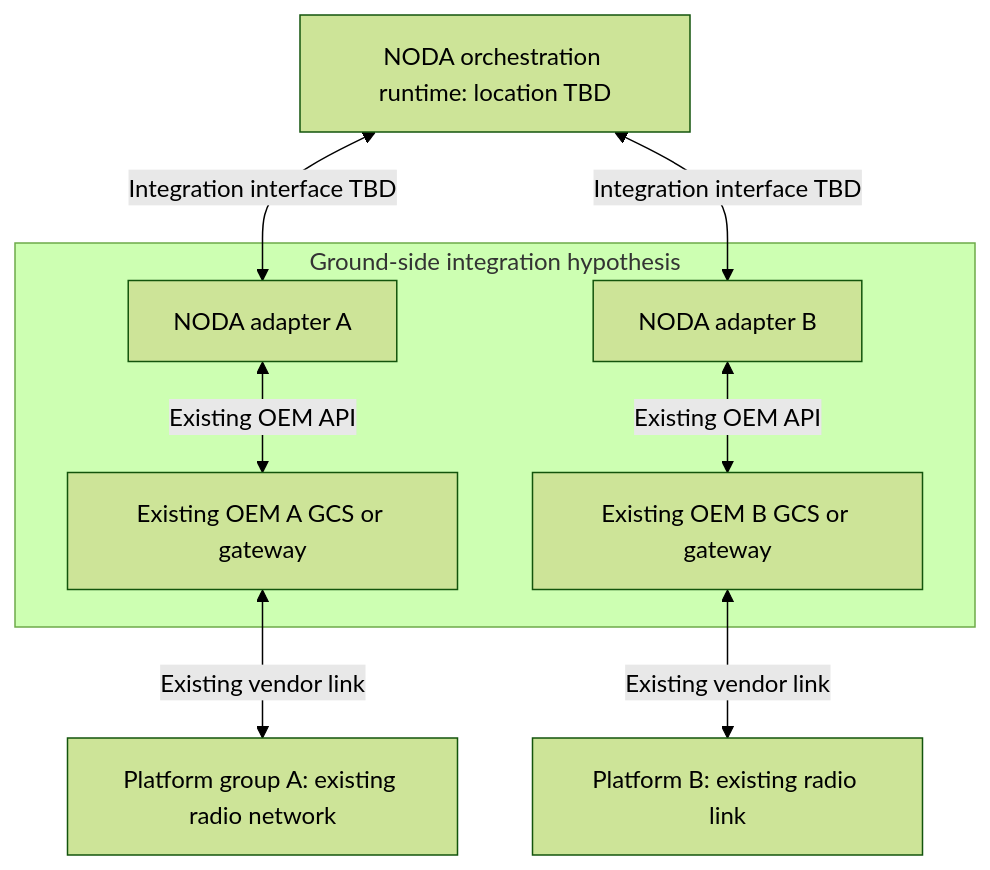
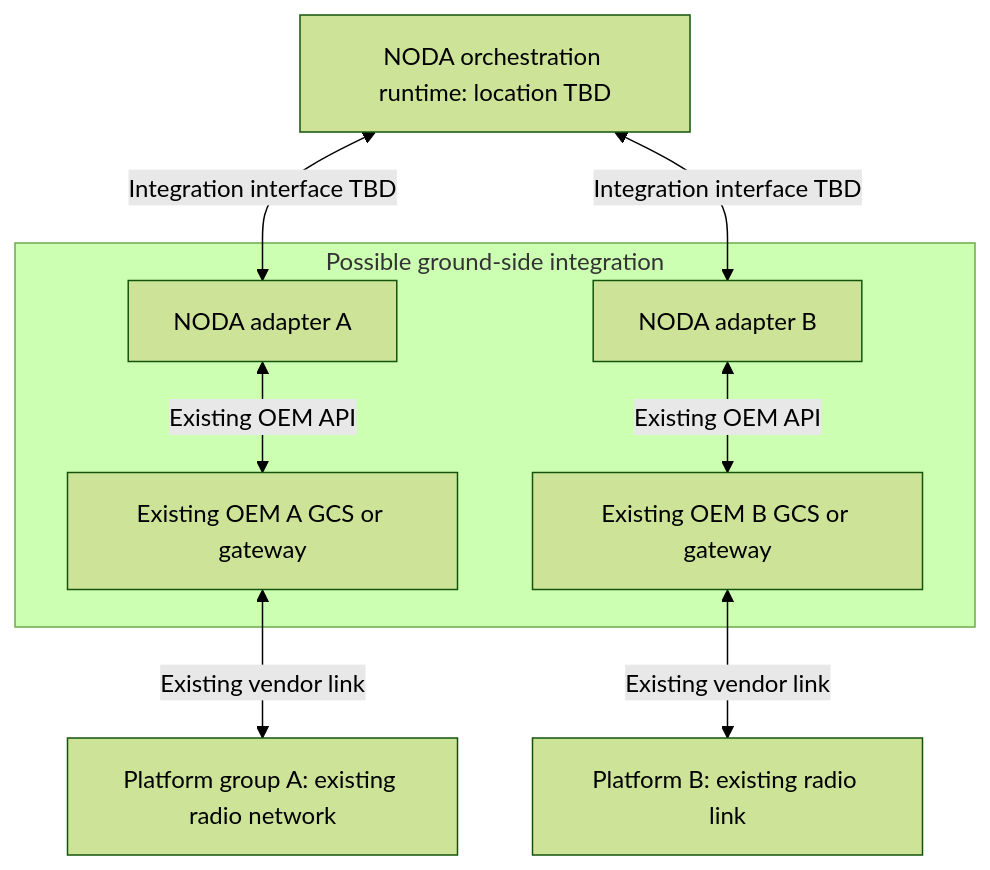
The second of 4 diagrams in architecture-hypotheses.md (yagamy4680/integration-work-clarifications), drawn with Mermaid (forest theme) before and after one commit. The commit also changed other lines of this file and 15 other files, not shown here.

````diff
--- a/architecture-hypotheses.md
+++ b/architecture-hypotheses.md
@@ -47,18 +35,18 @@
 ```mermaid
 flowchart TB
     U["NODA orchestration runtime: location TBD"]
-    subgraph GROUND["Ground-side integration hypothesis"]
+    subgraph GROUND["Possible ground-side integration"]
         A["NODA adapter A"]
         B["NODA adapter B"]
         GA["Existing OEM A GCS or gateway"]
         GB["Existing OEM B GCS or gateway"]
         A <-->|"Existing OEM API"| GA
         B <-->|"Existing OEM API"| GB
     end
     VA["Platform group A: existing radio network"]
     VB["Platform B: existing radio link"]
     U <-->|"Integration interface TBD"| A
     U <-->|"Integration interface TBD"| B
     GA <-->|"Existing vendor link"| VA
     GB <-->|"Existing vendor link"| VB
 ```
````
